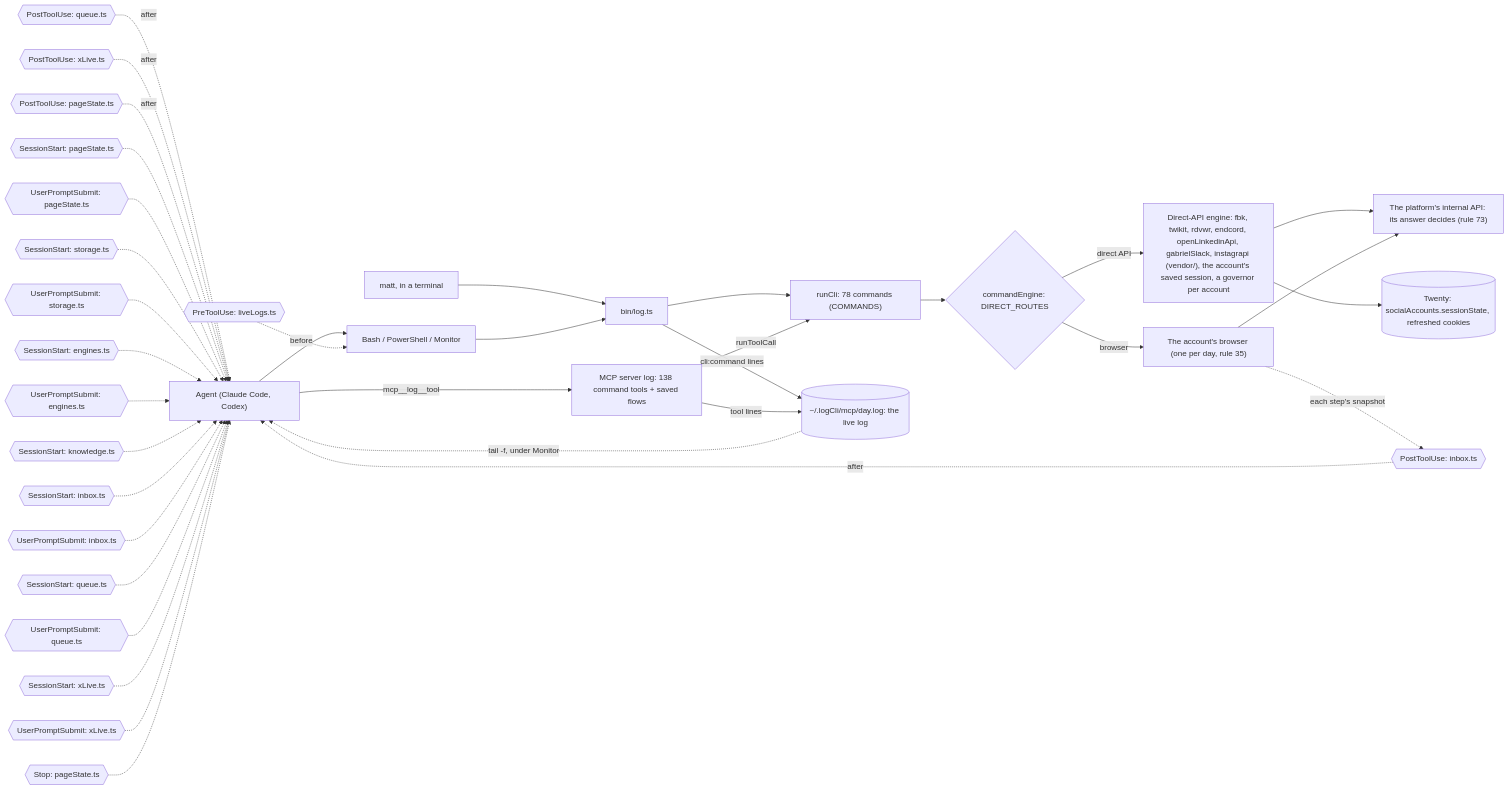
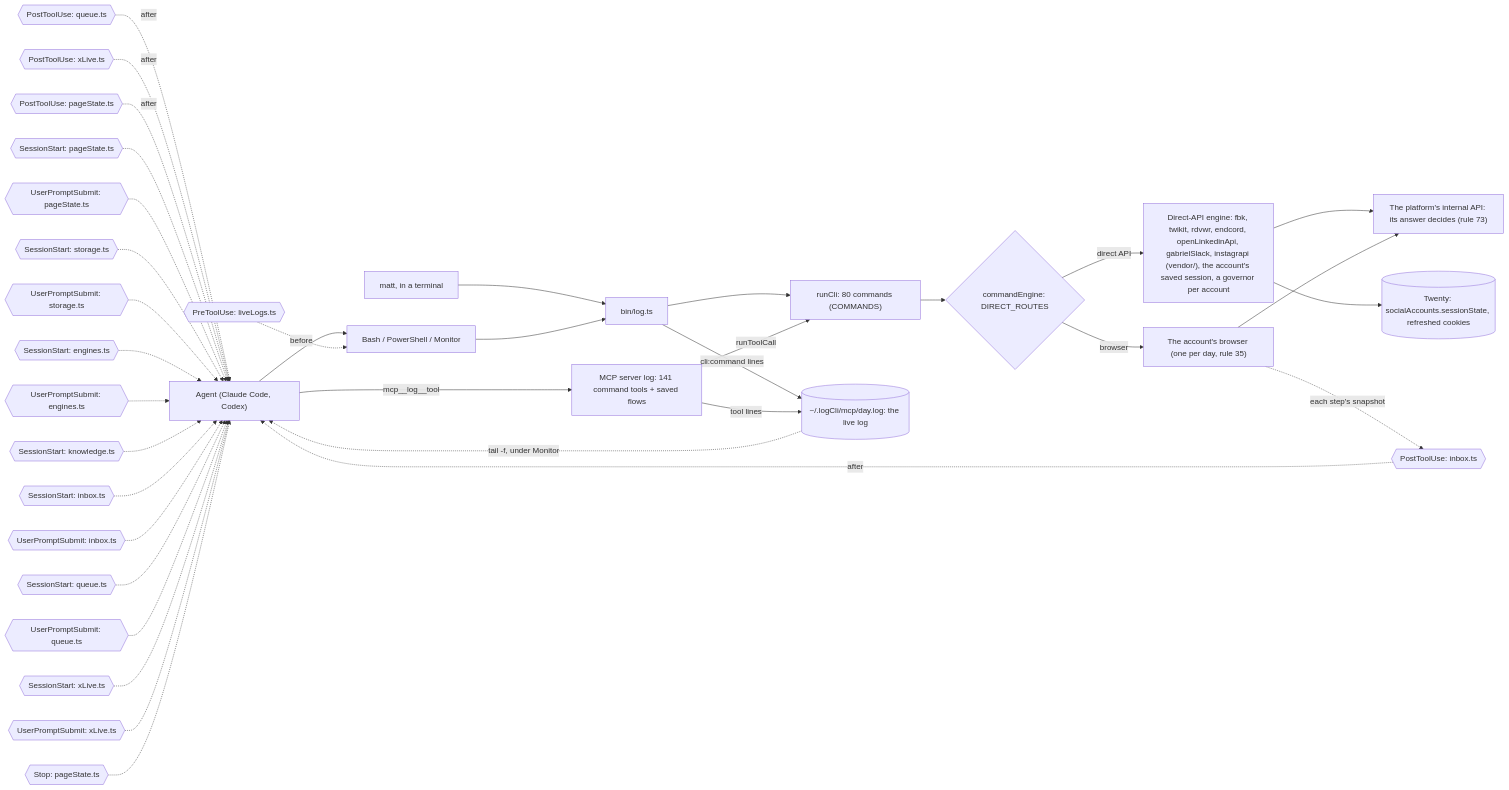
The diagram in docs/diagrams/surface.mmd (matthewdonsemail-lab/log), drawn with Mermaid before and after one commit. The commit also changed 34 other files, not shown here.

```diff
--- a/docs/diagrams/surface.mmd
+++ b/docs/diagrams/surface.mmd
@@ -1,50 +1,50 @@
 %% How a call reaches log-cli. From a shell or over MCP, both run the same commands through `runCli`, write the same live log, and pass through the same hooks. `commandEngine` sends each command to the platform's direct API or to the account's browser.
 %% Written by `bun run docs:build` from the code (rule 56). Not edited by hand.
 flowchart LR
   agent["Agent (Claude Code, Codex)"]
   matt["matt, in a terminal"]
   shell["Bash / PowerShell / Monitor"]
-  mcp["MCP server log: 138 command tools + saved flows"]
+  mcp["MCP server log: 141 command tools + saved flows"]
   bin["bin/log.ts"]
-  runCli["runCli: 78 commands (COMMANDS)"]
+  runCli["runCli: 80 commands (COMMANDS)"]
   live[("~/.logCli/mcp/day.log: the live log")]
   engine{"commandEngine: DIRECT_ROUTES"}
   direct["Direct-API engine: fbk, twikit, rdvwr, endcord, openLinkedinApi, gabrielSlack, instagrapi (vendor/), the account's saved session, a governor per account"]
   browser["The account's browser (one per day, rule 35)"]
   api["The platform's internal API: its answer decides (rule 73)"]
   twenty[("Twenty: socialAccounts.sessionState, refreshed cookies")]
   agent --> shell
   matt --> bin
   shell --> bin
   agent -->|mcp__log__tool| mcp
   bin --> runCli
   mcp -->|runToolCall| runCli
   runCli --> engine
   engine -->|direct API| direct
   engine -->|browser| browser
   direct --> api
   browser --> api
   direct --> twenty
   bin -->|cli:command lines| live
   mcp -->|tool lines| live
   live -.->|tail -f, under Monitor| agent
   pre0{{"PreToolUse: liveLogs.ts"}} -.->|before| shell
   post0{{"PostToolUse: inbox.ts"}} -.->|after| agent
   post1{{"PostToolUse: queue.ts"}} -.->|after| agent
   post2{{"PostToolUse: xLive.ts"}} -.->|after| agent
   post3{{"PostToolUse: pageState.ts"}} -.->|after| agent
   turn0{{"SessionStart: pageState.ts"}} -.-> agent
   turn1{{"UserPromptSubmit: pageState.ts"}} -.-> agent
   turn2{{"SessionStart: storage.ts"}} -.-> agent
   turn3{{"UserPromptSubmit: storage.ts"}} -.-> agent
   turn4{{"SessionStart: engines.ts"}} -.-> agent
   turn5{{"UserPromptSubmit: engines.ts"}} -.-> agent
   turn6{{"SessionStart: knowledge.ts"}} -.-> agent
   turn7{{"SessionStart: inbox.ts"}} -.-> agent
   turn8{{"UserPromptSubmit: inbox.ts"}} -.-> agent
   turn9{{"SessionStart: queue.ts"}} -.-> agent
   turn10{{"UserPromptSubmit: queue.ts"}} -.-> agent
   turn11{{"SessionStart: xLive.ts"}} -.-> agent
   turn12{{"UserPromptSubmit: xLive.ts"}} -.-> agent
   turn13{{"Stop: pageState.ts"}} -.-> agent
   browser -.->|each step's snapshot| post0
```
